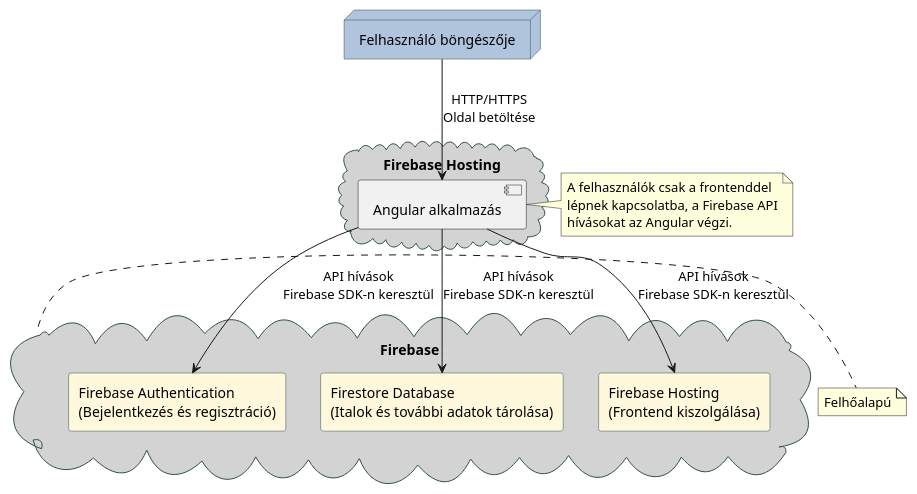
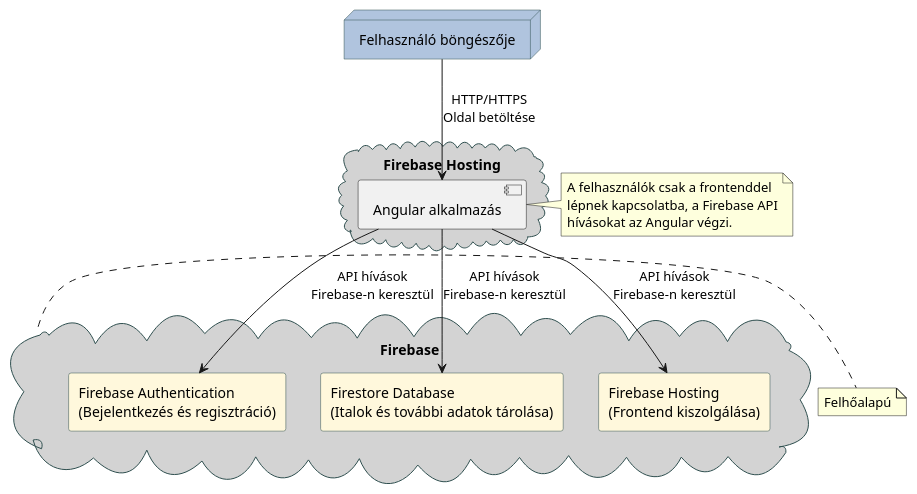
One commit to rozsapatrik/zero-tolerance-app changed the diagram in src/assets/deployment-diagram.plantuml. Above: the diagram before and after it, drawn with PlantUML.

Commit message:
Shorten deployment diagram text

```diff
--- a/src/assets/deployment-diagram.plantuml
+++ b/src/assets/deployment-diagram.plantuml
@@ -1,46 +1,46 @@
 @startuml
 skinparam componentStyle uml2
 skinparam rectangle {
   BackgroundColor Cornsilk
   BorderColor DarkSlateGray
   FontName Arial
 }
 
 skinparam node {
   BackgroundColor LightSteelBlue
   BorderColor DarkSlateGray
   FontName Arial
 }
 
 skinparam cloud {
   BackgroundColor LightGrey
   BorderColor DarkSlateGray
   FontName Arial
 }
 
 ' Kliens oldal
 node "Felhasználó böngészője" as Browser
 
 ' Frontend oldal
 cloud "Firebase Hosting" {
   [Angular alkalmazás] as Frontend
 }
 
 ' Backend szolgáltatások (Firebase)
 cloud "Firebase" {
   rectangle "Firebase Authentication\n(Bejelentkezés és regisztráció)" as Auth
   rectangle "Firestore Database\n(Italok és további adatok tárolása)" as Firestore
   rectangle "Firebase Hosting\n(Frontend kiszolgálása)" as Hosting
 }
 
 ' Kommunikáció
 Browser --> Frontend : "HTTP/HTTPS\nOldal betöltése"
-Frontend --> Auth : "API hívások\nFirebase SDK-n keresztül"
-Frontend --> Firestore : "API hívások\nFirebase SDK-n keresztül"
-Frontend --> Hosting : "API hívások\nFirebase SDK-n keresztül"
+Frontend --> Auth : "API hívások\nFirebase-n keresztül"
+Frontend --> Firestore : "API hívások\nFirebase-n keresztül"
+Frontend --> Hosting : "API hívások\nFirebase-n keresztül"
 
 ' Kiegészítések
 note right of Firebase : Felhőalapú
 note right of Frontend : A felhasználók csak a frontenddel\nlépnek kapcsolatba, a Firebase API\nhívásokat az Angular végzi.
 
 @enduml
```
